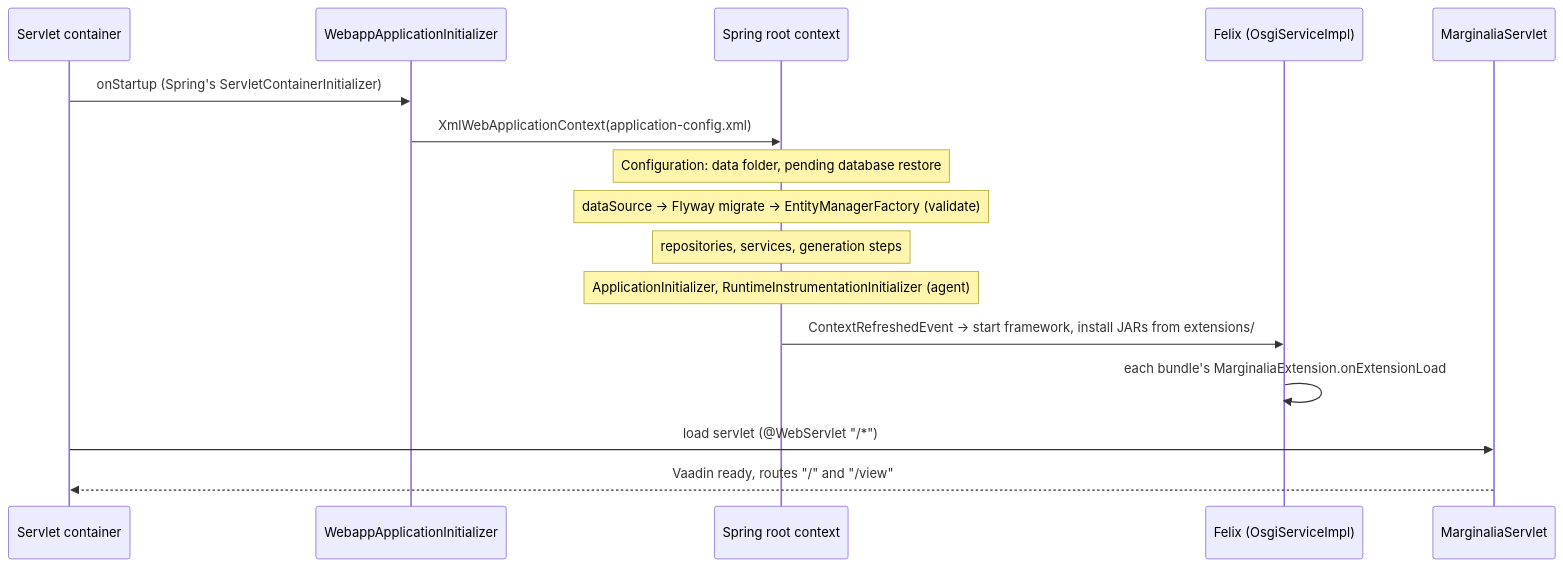
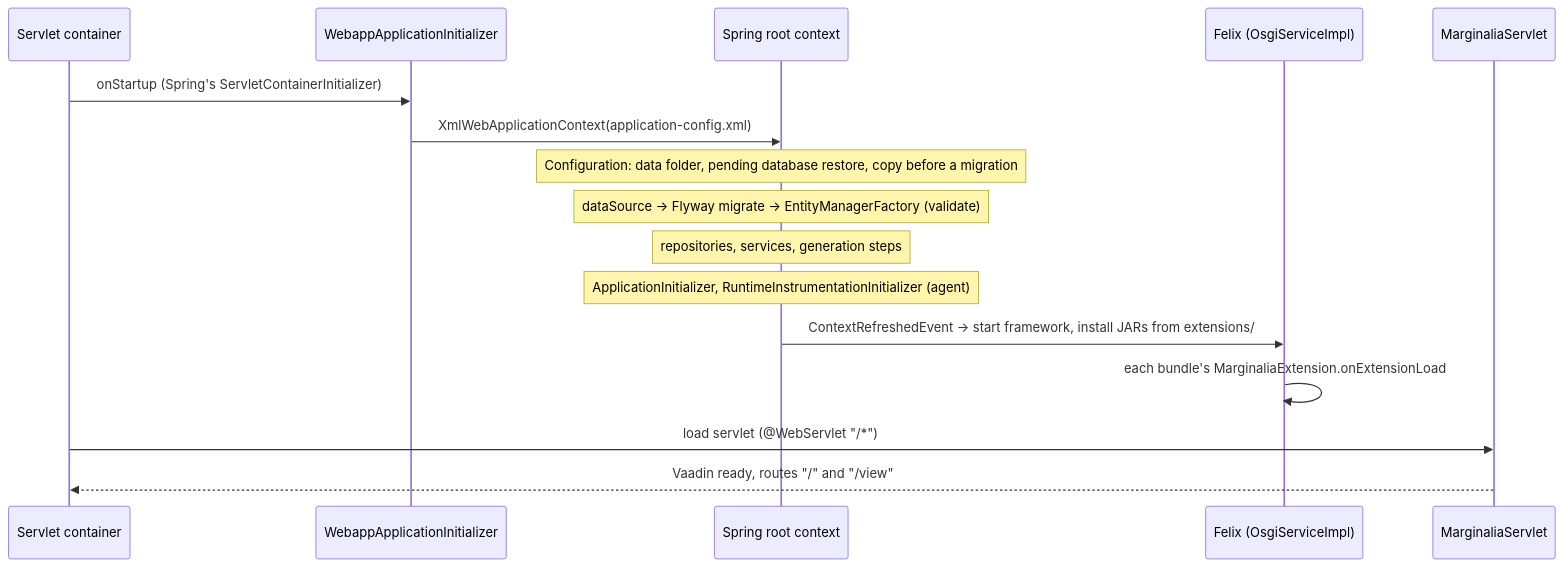
One commit to Enerccio/Marginalia changed the second of 6 diagrams in docs/developer/architecture.md. Above: the diagram before and after it, drawn with Mermaid. The commit also changed other lines of this file and 74 other files, not shown here.

Commit message:
Update dev docs for the pre-migration copy, the Docker health check and the removed Tika dependencies

````diff
--- a/docs/developer/architecture.md
+++ b/docs/developer/architecture.md
@@ -69,19 +69,19 @@
 ```mermaid
 sequenceDiagram
     participant C as Servlet container
     participant W as WebappApplicationInitializer
     participant S as Spring root context
     participant F as Felix (OsgiServiceImpl)
     participant V as MarginaliaServlet
 
     C->>W: onStartup (Spring's ServletContainerInitializer)
     W->>S: XmlWebApplicationContext(application-config.xml)
-    Note over S: Configuration: data folder, pending database restore
+    Note over S: Configuration: data folder, pending database restore, copy before a migration
     Note over S: dataSource → Flyway migrate → EntityManagerFactory (validate)
     Note over S: repositories, services, generation steps
     Note over S: ApplicationInitializer, RuntimeInstrumentationInitializer (agent)
     S->>F: ContextRefreshedEvent → start framework, install JARs from extensions/
     F->>F: each bundle's MarginaliaExtension.onExtensionLoad
     C->>V: load servlet (@WebServlet "/*")
     V-->>C: Vaadin ready, routes "/" and "/view"
 ```
````
